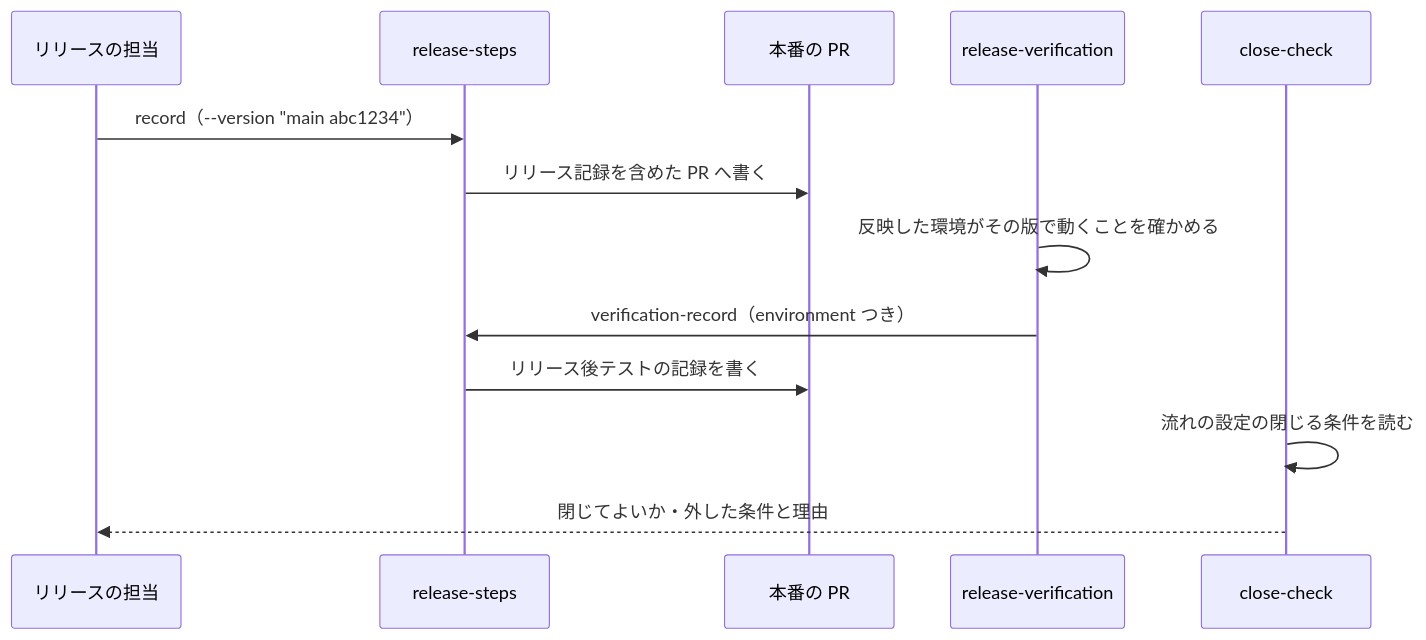
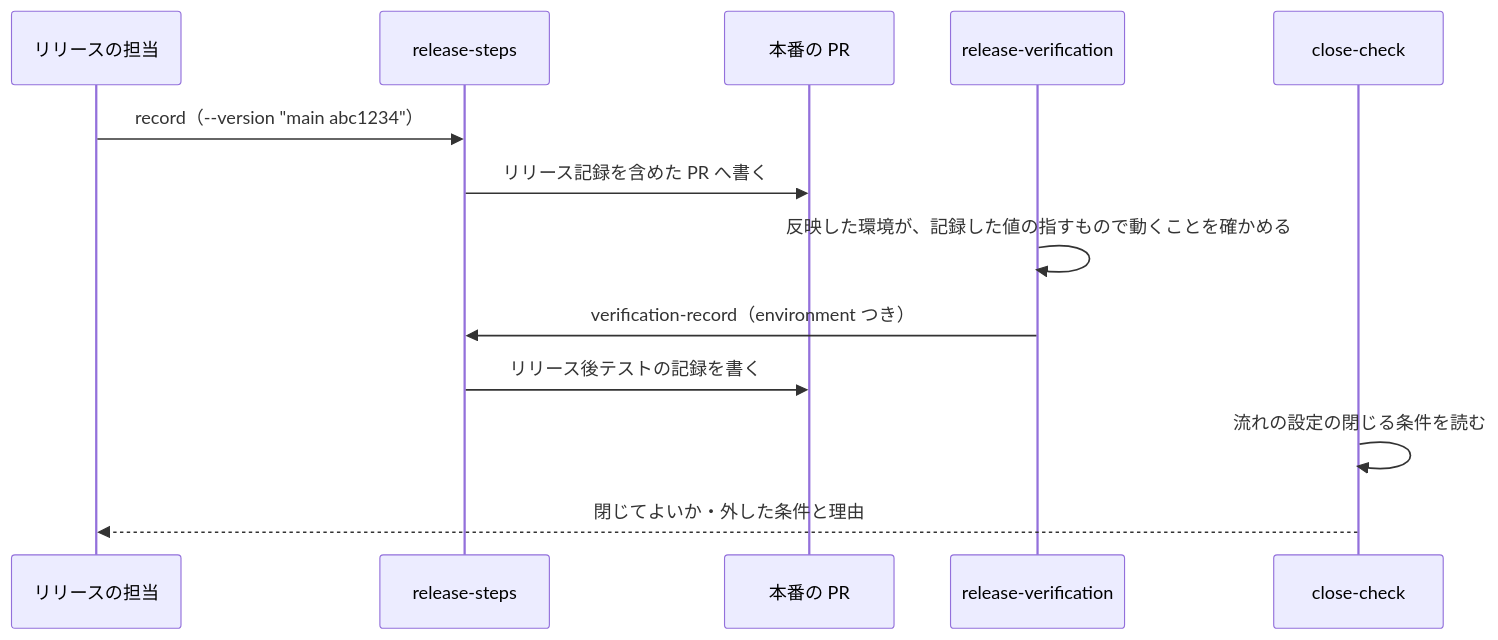
Before and after one commit to devbasex/ai-plugins: the third of 3 diagrams in issues/issue-4580-design.md, drawn with Mermaid. The commit also changed other lines of this file, not shown here.

````diff
--- a/issues/issue-4580-design.md
+++ b/issues/issue-4580-design.md
@@ -170,15 +178,15 @@
 ```mermaid
 sequenceDiagram
   participant R as リリースの担当
   participant S as release-steps
   participant G as 本番の PR
   participant V as release-verification
   participant C as close-check
   R->>S: record（--version "main abc1234"）
   S->>G: リリース記録を含めた PR へ書く
-  V->>V: 反映した環境がその版で動くことを確かめる
+  V->>V: 反映した環境が、記録した値の指すもので動くことを確かめる
   V->>S: verification-record（environment つき）
   S->>G: リリース後テストの記録を書く
   C->>C: 流れの設定の閉じる条件を読む
   C-->>R: 閉じてよいか・外した条件と理由
 ```
````
